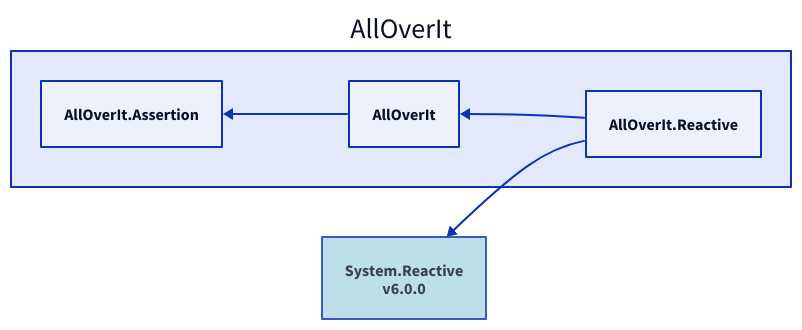
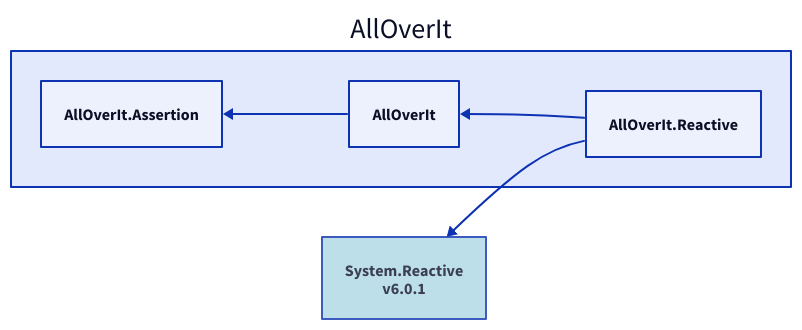
One commit to mjfreelancing/AllOverIt changed the diagram in Docs/Reference/Content/images/dependencies/net8.0/alloverit-reactive.d2. Above: the diagram before and after it, drawn with D2. The commit also changed 194 other files, not shown here.

```diff
--- a/Docs/Reference/Content/images/dependencies/net8.0/alloverit-reactive.d2
+++ b/Docs/Reference/Content/images/dependencies/net8.0/alloverit-reactive.d2
@@ -1,12 +1,12 @@
 direction: left
 
 aoi: AllOverIt
 aoi.alloverit-reactive: AllOverIt.Reactive
-system-reactive_6-0-0: System.Reactive\nv6.0.0
-system-reactive_6-0-0.style.fill: "#ADD8E6"
-system-reactive_6-0-0.style.opacity: 0.8
-system-reactive_6-0-0 <- aoi.alloverit-reactive
+system-reactive_6-0-1: System.Reactive\nv6.0.1
+system-reactive_6-0-1.style.fill: "#ADD8E6"
+system-reactive_6-0-1.style.opacity: 0.8
+system-reactive_6-0-1 <- aoi.alloverit-reactive
 aoi.alloverit: AllOverIt
 aoi.alloverit-assertion: AllOverIt.Assertion
 aoi.alloverit-assertion <- aoi.alloverit
 aoi.alloverit <- aoi.alloverit-reactive
```
